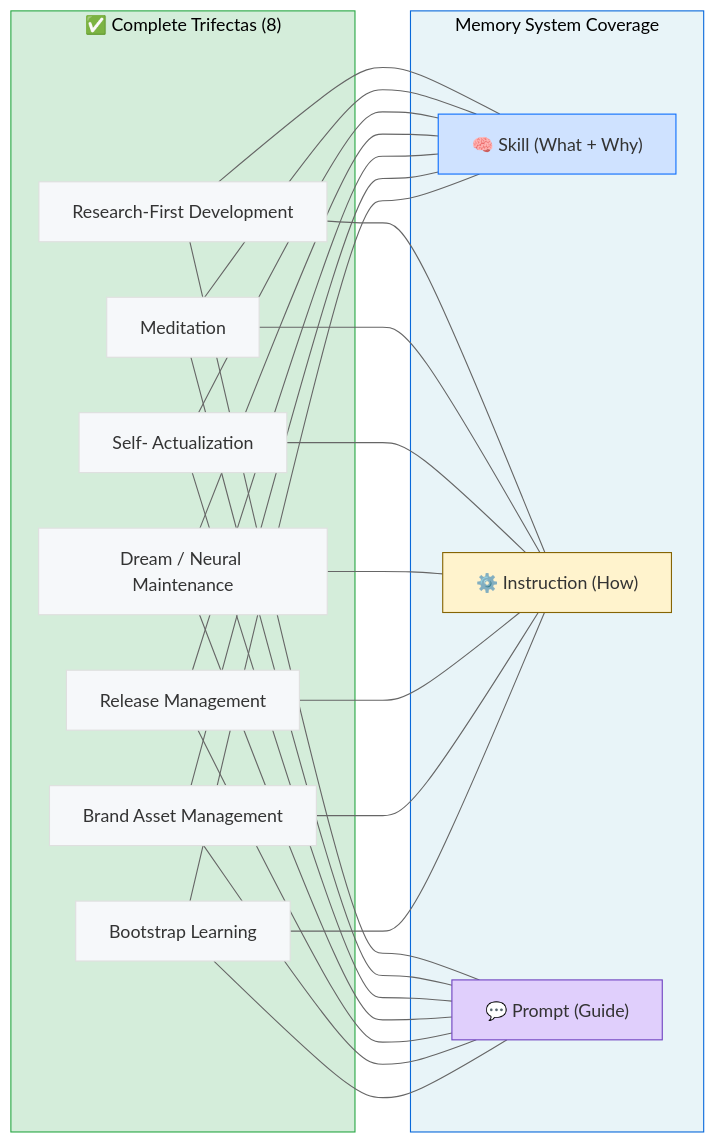
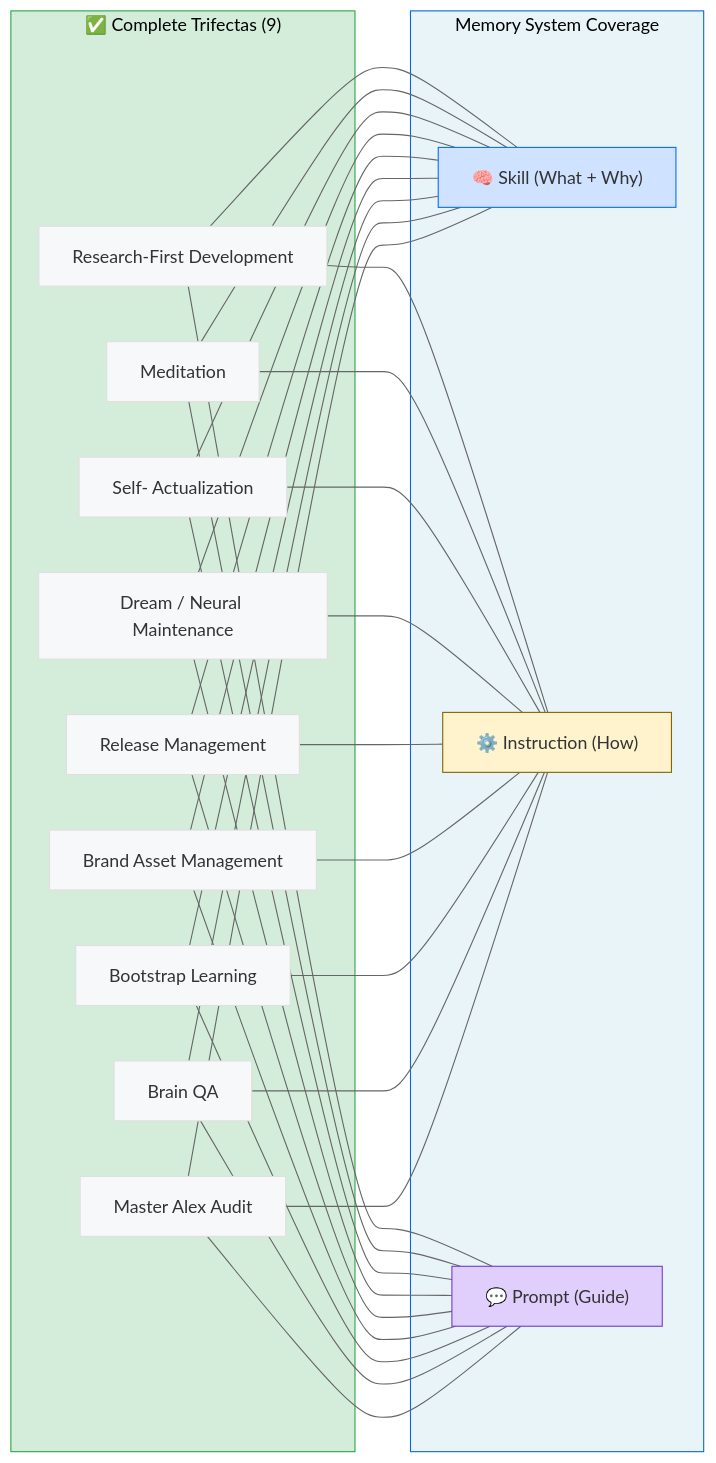
The diagram in alex_docs/architecture/TRIFECTA-CATALOG.md (fabioc-aloha/Alex_Plug_In), drawn with Mermaid before and after one commit. The commit also changed other lines of this file and 96 other files, not shown here.

````diff
--- a/alex_docs/architecture/TRIFECTA-CATALOG.md
+++ b/alex_docs/architecture/TRIFECTA-CATALOG.md
@@ -192,33 +213,37 @@
 ```mermaid
 %%{init: {'theme': 'base', 'themeVariables': { 'lineColor': '#666', 'primaryColor': '#f6f8fa'}}}%%
 flowchart LR
-    subgraph COMPLETE["✅ Complete Trifectas (8)"]
+    subgraph COMPLETE["✅ Complete Trifectas (9)"]
         RFD["Research-First Development"]
         MED["Meditation"]
         SA["Self- Actualization"]
         DS["Dream / Neural Maintenance"]
         REL["Release Management"]
         BAM["Brand Asset Management"]
         BL["Bootstrap Learning"]
+        BQA["Brain QA"]
+        MAA["Master Alex Audit"]
     end
 
     subgraph LAYERS["Memory System Coverage"]
         SK["🧠 Skill (What + Why)"]
         INS["⚙️ Instruction (How)"]
         PR["💬 Prompt (Guide)"]
     end
 
     RFD --- SK & INS & PR
     MED --- SK & INS & PR
     SA --- SK & INS & PR
     DS --- SK & INS & PR
     REL --- SK & INS & PR
     BAM --- SK & INS & PR
     BL --- SK & INS & PR
+    BQA --- SK & INS & PR
+    MAA --- SK & INS & PR
 
     style COMPLETE fill:#d4edda,stroke:#28a745
     style LAYERS fill:#e8f4f8,stroke:#0969da
     style SK fill:#cfe2ff,stroke:#0d6efd
     style INS fill:#fff3cd,stroke:#856404
     style PR fill:#e0cffc,stroke:#6f42c1
 ```
````
